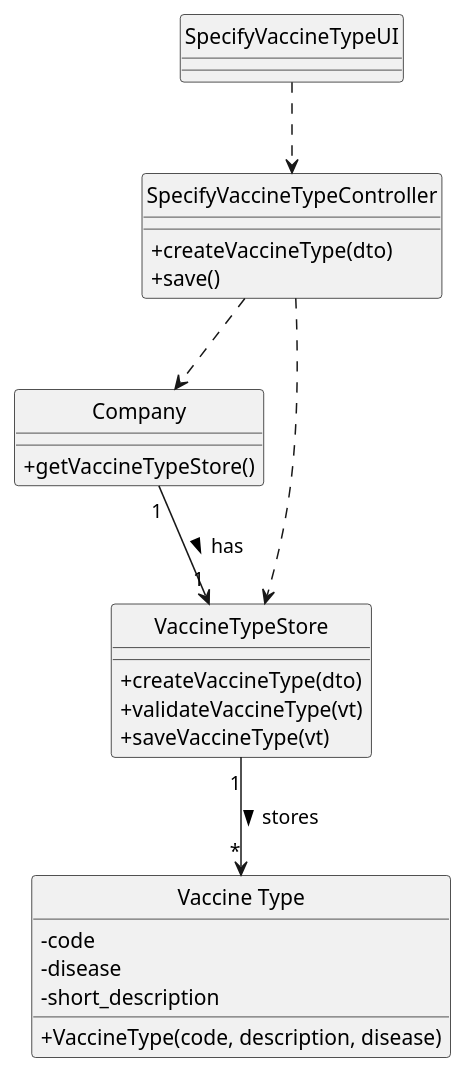
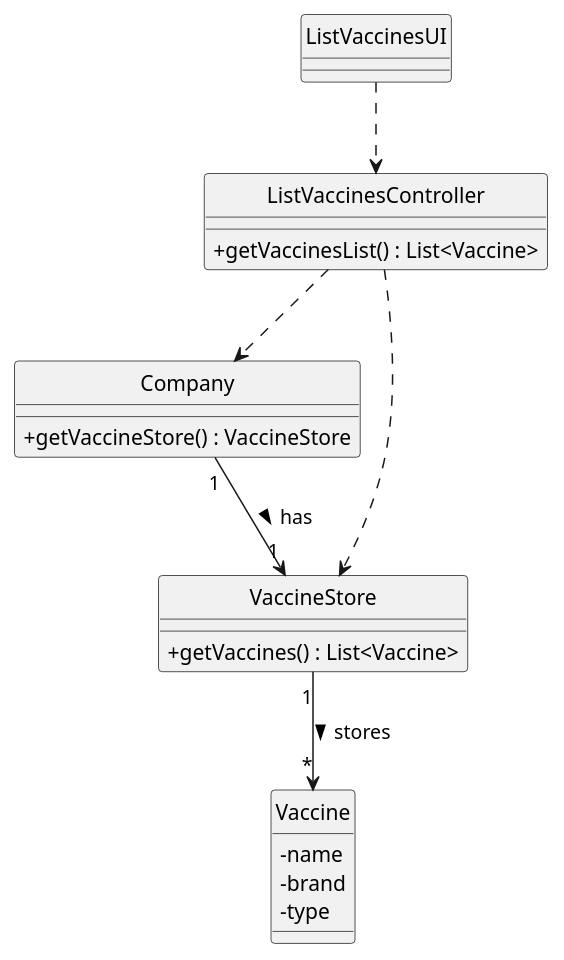
The diagram in project-template/docs/sprint3/US12/puml/US12-CD.puml (afonso51111/leti-esoft-25-26-A33), drawn with PlantUML before and after one commit. The commit also changed 61 other files, not shown here.

```diff
--- a/project-template/docs/sprint3/US12/puml/US12-CD.puml
+++ b/project-template/docs/sprint3/US12/puml/US12-CD.puml
@@ -1,36 +1,33 @@
 @startuml
 skinparam classAttributeIconSize 0
 hide circle
 
-class SpecifyVaccineTypeUI {
+class ListVaccinesUI {
 }
 
-class SpecifyVaccineTypeController {
-  + createVaccineType(dto)
-  + save()
+class ListVaccinesController {
+  + getVaccinesList() : List<Vaccine>
 }
 
 class Company {
-  + getVaccineTypeStore()
+  + getVaccineStore() : VaccineStore
 }
 
-class VaccineTypeStore {
-  + createVaccineType(dto)
-  + validateVaccineType(vt)
-  + saveVaccineType(vt)
+class VaccineStore {
+  + getVaccines() : List<Vaccine>
 }
 
-class "Vaccine Type" {
-  - code
-  - disease
-  - short_description
-  + VaccineType(code, description, disease)
+class Vaccine {
+  - name
+  - brand
+  - type
 }
 
-SpecifyVaccineTypeUI ..> SpecifyVaccineTypeController
-SpecifyVaccineTypeController ..> Company
-SpecifyVaccineTypeController ..> VaccineTypeStore
-Company "1" --> "1" VaccineTypeStore : has >
-VaccineTypeStore "1" --> "*" "Vaccine Type" : stores >
+ListVaccinesUI ..> ListVaccinesController
+ListVaccinesController ..> Company
+ListVaccinesController ..> VaccineStore
+
+Company "1" --> "1" VaccineStore : has >
+VaccineStore "1" --> "*" Vaccine : stores >
 
 @enduml
```
